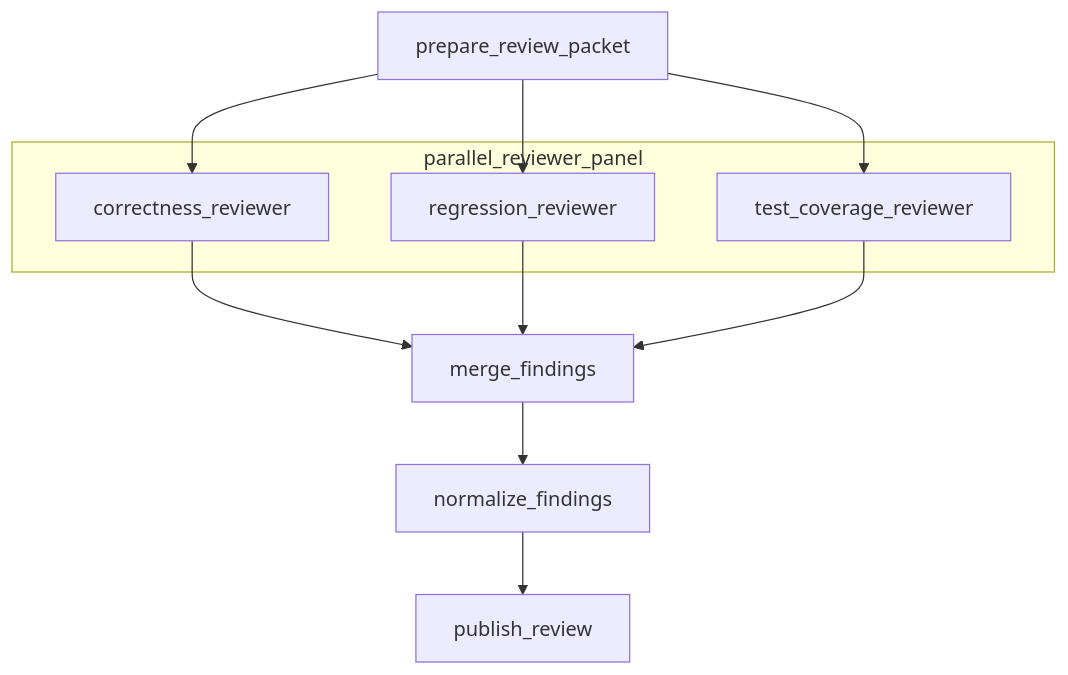
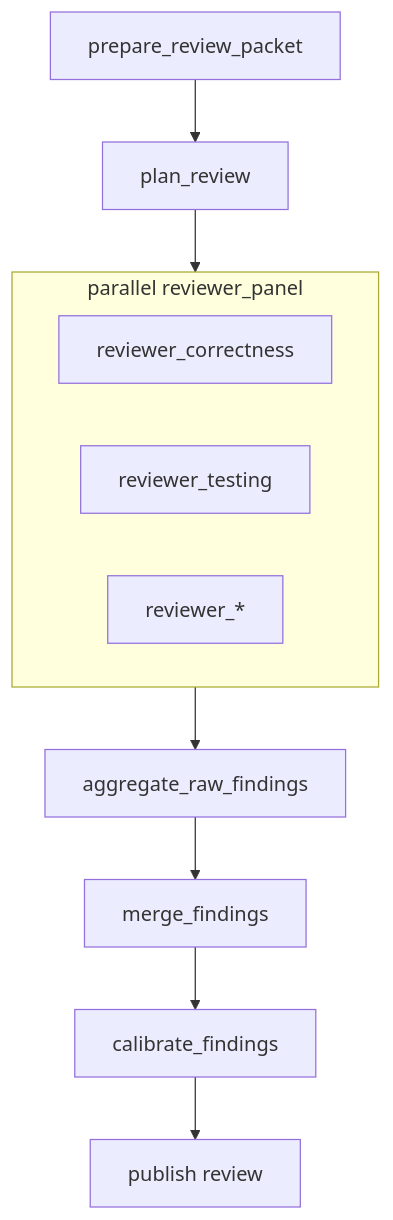
The diagram in docs/REVIEW_CHANGE_WORKFLOW.md (koji98/agentflow), drawn with Mermaid before and after one commit. The commit also changed other lines of this file and 23 other files, not shown here.

````diff
--- a/docs/REVIEW_CHANGE_WORKFLOW.md
+++ b/docs/REVIEW_CHANGE_WORKFLOW.md
@@ -26,21 +9,19 @@
 ```mermaid
 flowchart TD
     prepare["prepare_review_packet"]
-    merge["merge_findings"]
-    normalize["normalize_findings"]
-    publish["publish_review"]
+    plan["plan_review"]
 
-    subgraph reviewers["parallel_reviewer_panel"]
-        r1["correctness_reviewer"]
-        r2["regression_reviewer"]
-        r3["test_coverage_reviewer"]
+    subgraph reviewers["parallel reviewer_panel"]
+        r1["reviewer_correctness"]
+        r2["reviewer_testing"]
+        rN["reviewer_*"]
     end
 
-    prepare --> r1
-    prepare --> r2
-    prepare --> r3
-    r1 --> merge
-    r2 --> merge
-    r3 --> merge
-    merge --> normalize --> publish
+    raw["aggregate_raw_findings"]
+    merge["merge_findings"]
+    calibrate["calibrate_findings"]
+    publish["publish review"]
+
+    prepare --> plan --> reviewers
+    reviewers --> raw --> merge --> calibrate --> publish
 ```
````
